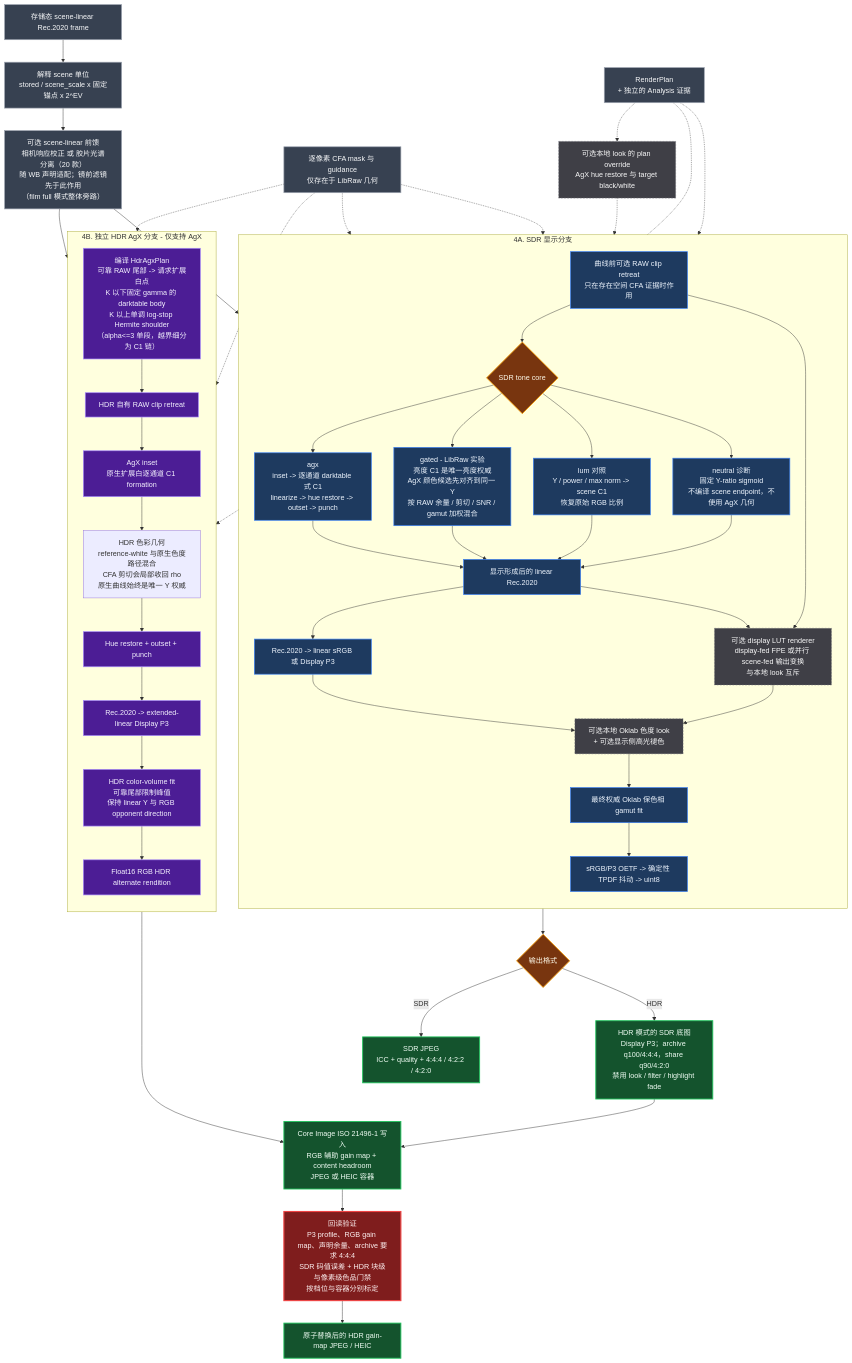
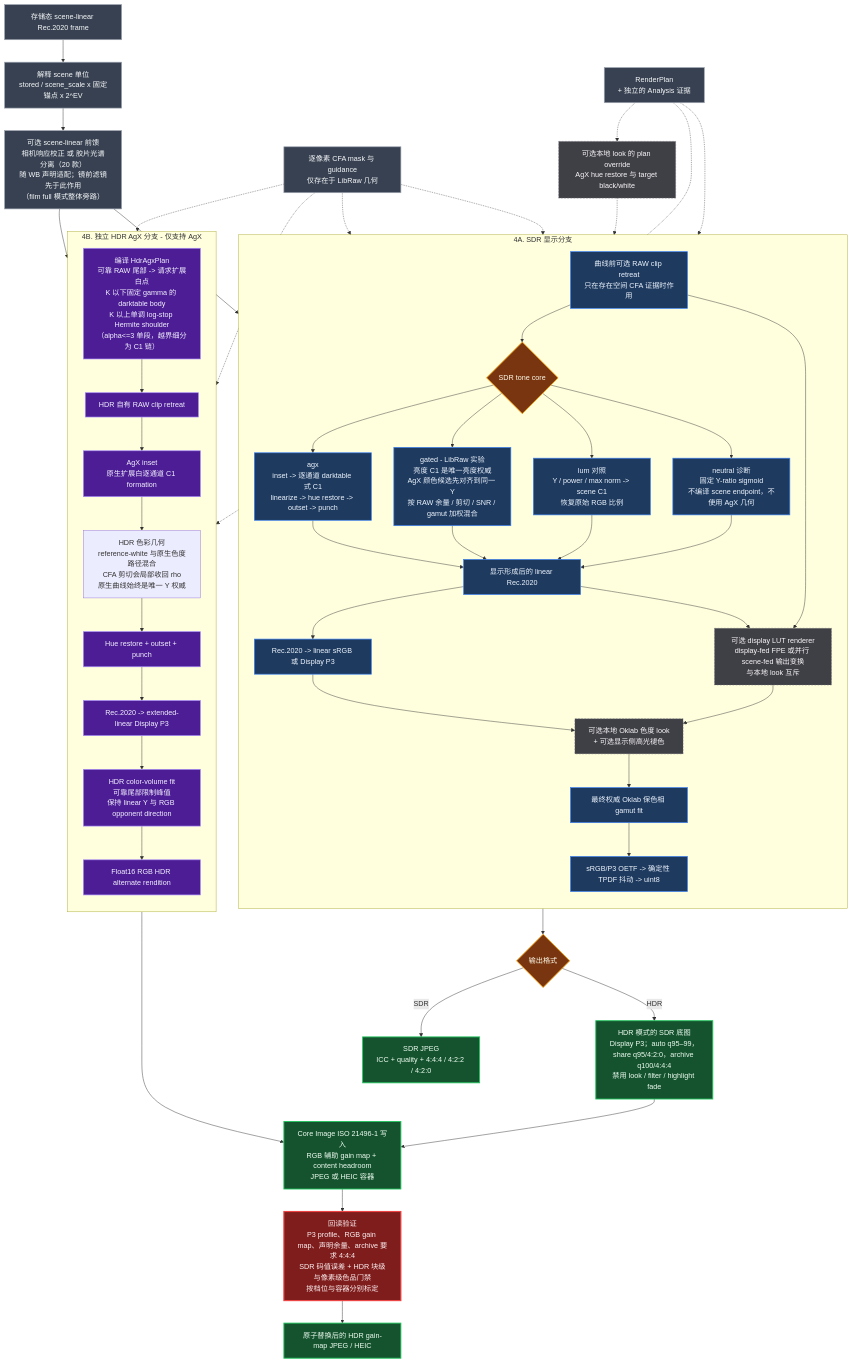
One commit to Gen-416/AgXRAW changed the second of 3 diagrams in docs/ARCHITECTURE.zh-CN.md. Above: the diagram before and after it, drawn with Mermaid. The commit also changed other lines of this file and 64 other files, not shown here.

```diff
--- a/docs/ARCHITECTURE.zh-CN.md
+++ b/docs/ARCHITECTURE.zh-CN.md
@@ -250,7 +250,7 @@
 
     ENCODE --> FORMAT{"输出格式"}
     FORMAT -->|SDR| SDRJPEG["SDR JPEG<br/>ICC + quality + 4:4:4 / 4:2:2 / 4:2:0"]
-    FORMAT -->|HDR| BASE["HDR 模式的 SDR 底图<br/>Display P3；archive q100/4:4:4，share q90/4:2:0<br/>禁用 look / filter / highlight fade"]
+    FORMAT -->|HDR| BASE["HDR 模式的 SDR 底图<br/>Display P3；auto q95–99，share q95/4:2:0，archive q100/4:4:4<br/>禁用 look / filter / highlight fade"]
     BASE --> PACKAGE["Core Image ISO 21496-1 写入<br/>RGB 辅助 gain map + content headroom<br/>JPEG 或 HEIC 容器"]
     ALT --> PACKAGE
     PACKAGE --> VERIFY["回读验证<br/>P3 profile、RGB gain map、声明余量、archive 要求 4:4:4<br/>SDR 码值误差 + HDR 块级与像素级色品门禁<br/>按档位与容器分别标定"]
```
